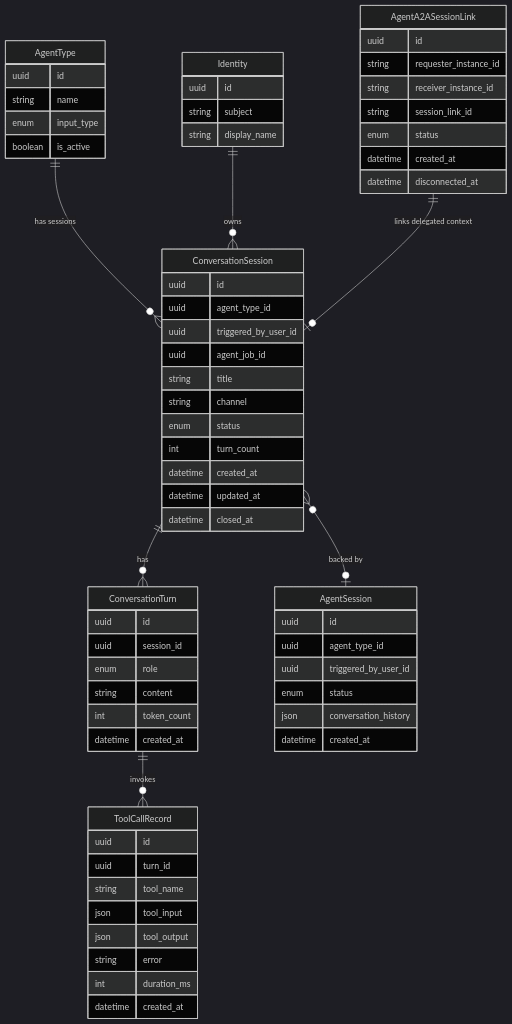
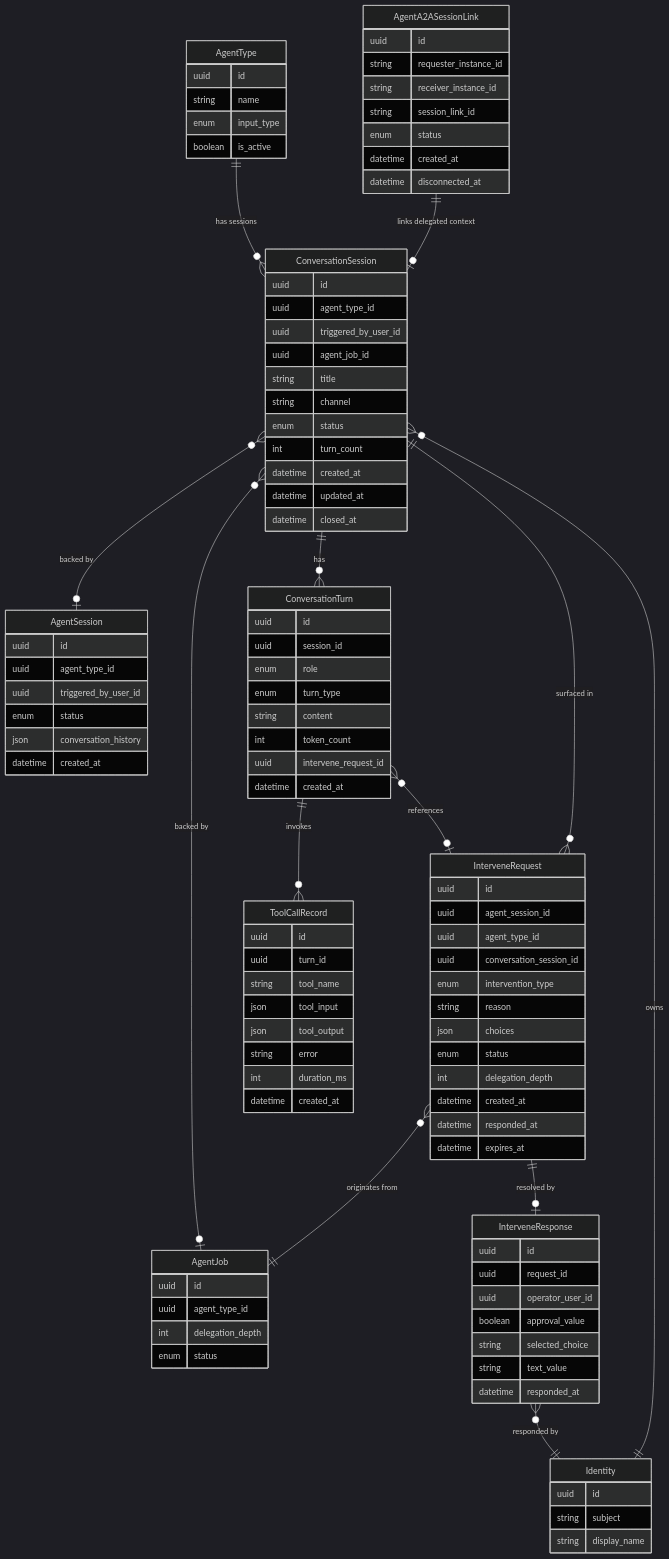
Before and after one commit to hurungang/parthenon: the diagram in docs/master/data-model/modules/communication/entities.md, drawn with Mermaid (dark theme). The commit also changed other lines of this file and 101 other files, not shown here.

Commit message:
feat: user intervention support in conversational agent

````diff
--- a/docs/master/data-model/modules/communication/entities.md
+++ b/docs/master/data-model/modules/communication/entities.md
@@ -19,8 +19,10 @@
         uuid id
         uuid session_id
         enum role
+        enum turn_type
         string content
         int token_count
+        uuid intervene_request_id
         datetime created_at
     }
     ToolCallRecord {
@@ -32,6 +34,29 @@
         string error
         int duration_ms
         datetime created_at
+    }
+    InterveneRequest {
+        uuid id
+        uuid agent_session_id
+        uuid agent_type_id
+        uuid conversation_session_id
+        enum intervention_type
+        string reason
+        json choices
+        enum status
+        int delegation_depth
+        datetime created_at
+        datetime responded_at
+        datetime expires_at
+    }
+    InterveneResponse {
+        uuid id
+        uuid request_id
+        uuid operator_user_id
+        boolean approval_value
+        string selected_choice
+        string text_value
+        datetime responded_at
     }
     AgentA2ASessionLink {
         uuid id
@@ -56,6 +81,12 @@
         json conversation_history
         datetime created_at
     }
+    AgentJob {
+        uuid id
+        uuid agent_type_id
+        int delegation_depth
+        enum status
+    }
     Identity {
         uuid id
         string subject
@@ -65,7 +96,13 @@
     AgentType ||--o{ ConversationSession : "has sessions"
     Identity ||--o{ ConversationSession : "owns"
     ConversationSession }o--o| AgentSession : "backed by"
+    ConversationSession }o--o| AgentJob : "backed by"
     ConversationSession ||--o{ ConversationTurn : "has"
     ConversationTurn ||--o{ ToolCallRecord : "invokes"
+    ConversationTurn }o--o| InterveneRequest : "references"
+    InterveneRequest }o--|| ConversationSession : "surfaced in"
+    InterveneRequest }o--|| AgentJob : "originates from"
+    InterveneRequest ||--o| InterveneResponse : "resolved by"
+    InterveneResponse }o--|| Identity : "responded by"
     AgentA2ASessionLink ||--o| ConversationSession : "links delegated context"
 ```
````
